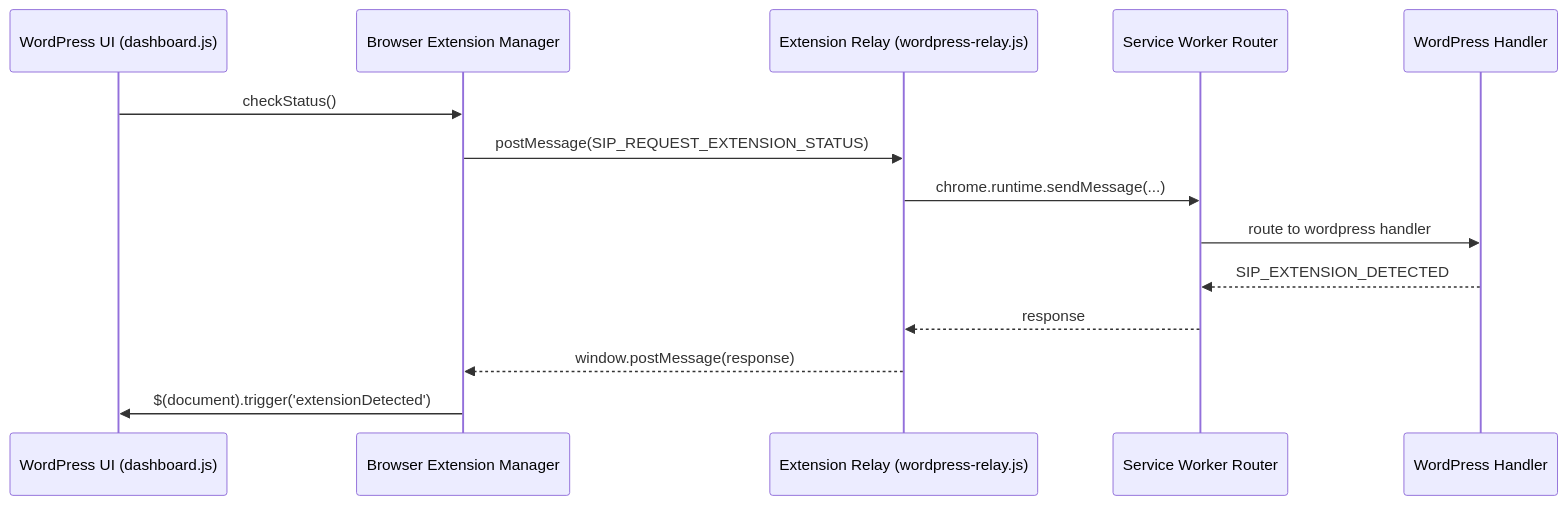
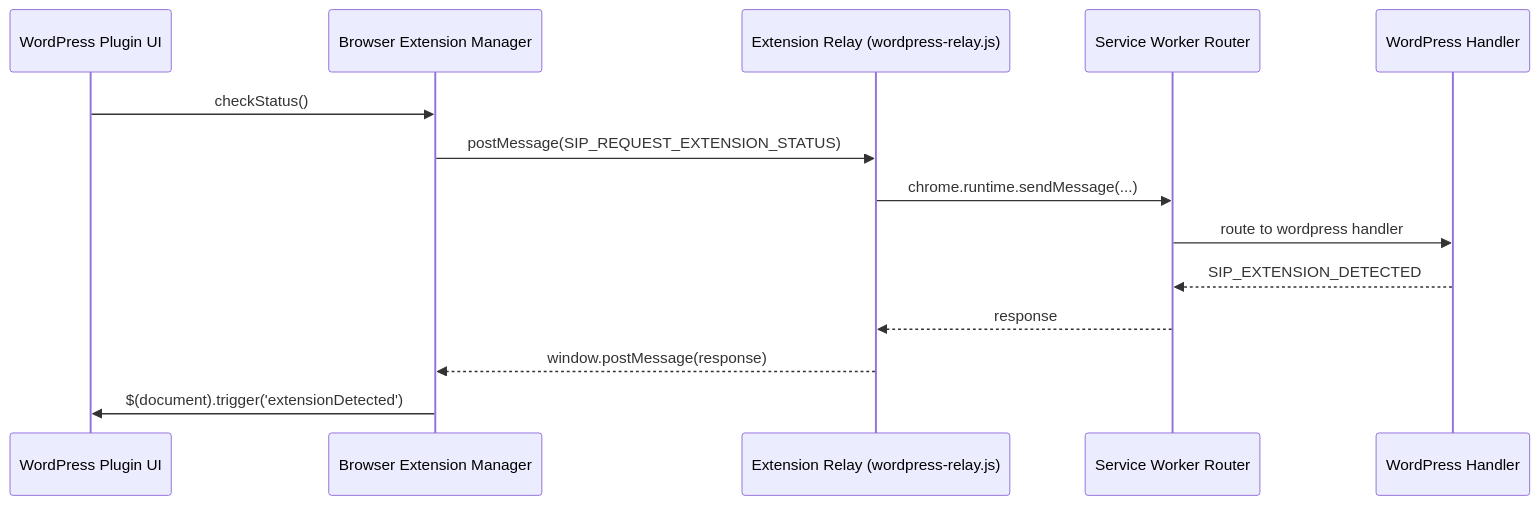
The fifth of 9 diagrams in guidelines/sip-printify-manager-extension-guidelines-v2.md (tdemelle-SiP/.claude), drawn with Mermaid before and after one commit. The commit also changed other lines of this file, not shown here.

````diff
--- a/guidelines/sip-printify-manager-extension-guidelines-v2.md
+++ b/guidelines/sip-printify-manager-extension-guidelines-v2.md
@@ -219,17 +228,17 @@
 ```mermaid
 sequenceDiagram
-    participant WP as WordPress UI (dashboard.js)
+    participant WP as WordPress Plugin UI
     participant BEM as Browser Extension Manager
     participant Relay as Extension Relay (wordpress-relay.js)
     participant Router as Service Worker Router
     participant Handler as WordPress Handler
 
     WP->>BEM: checkStatus()
     BEM->>Relay: postMessage(SIP_REQUEST_EXTENSION_STATUS)
     Relay->>Router: chrome.runtime.sendMessage(...)
     Router->>Handler: route to wordpress handler
     Handler-->>Router: SIP_EXTENSION_DETECTED
     Router-->>Relay: response
     Relay-->>BEM: window.postMessage(response)
     BEM->>WP: $(document).trigger('extensionDetected')
 ```
````
